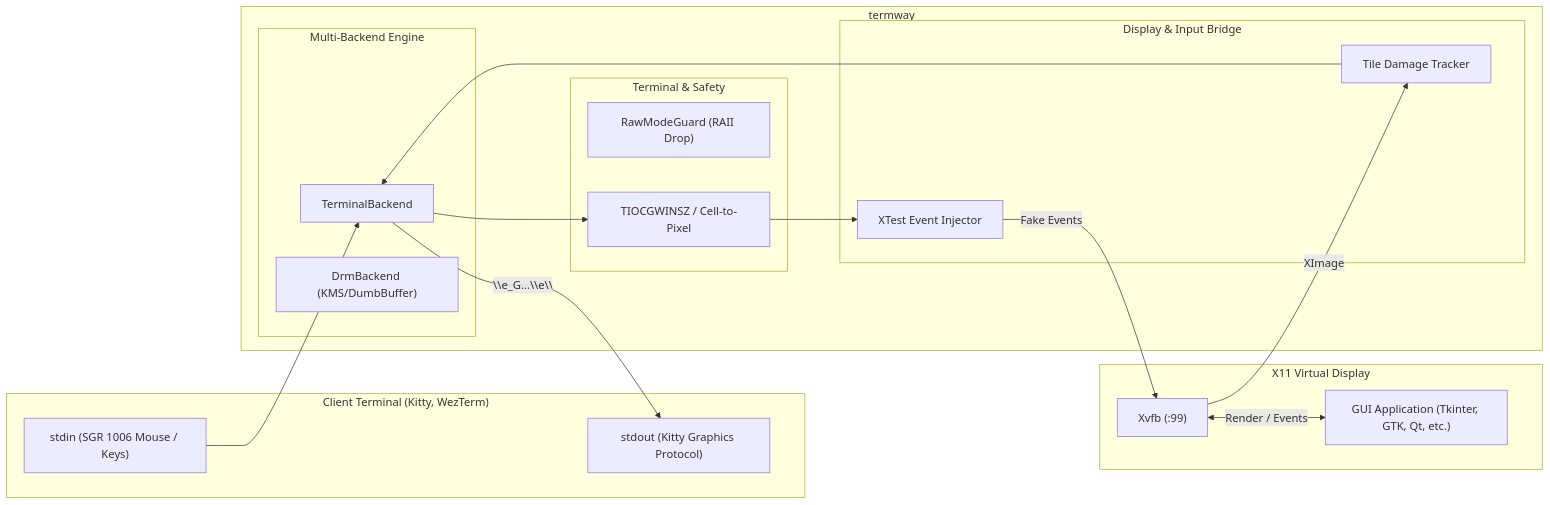
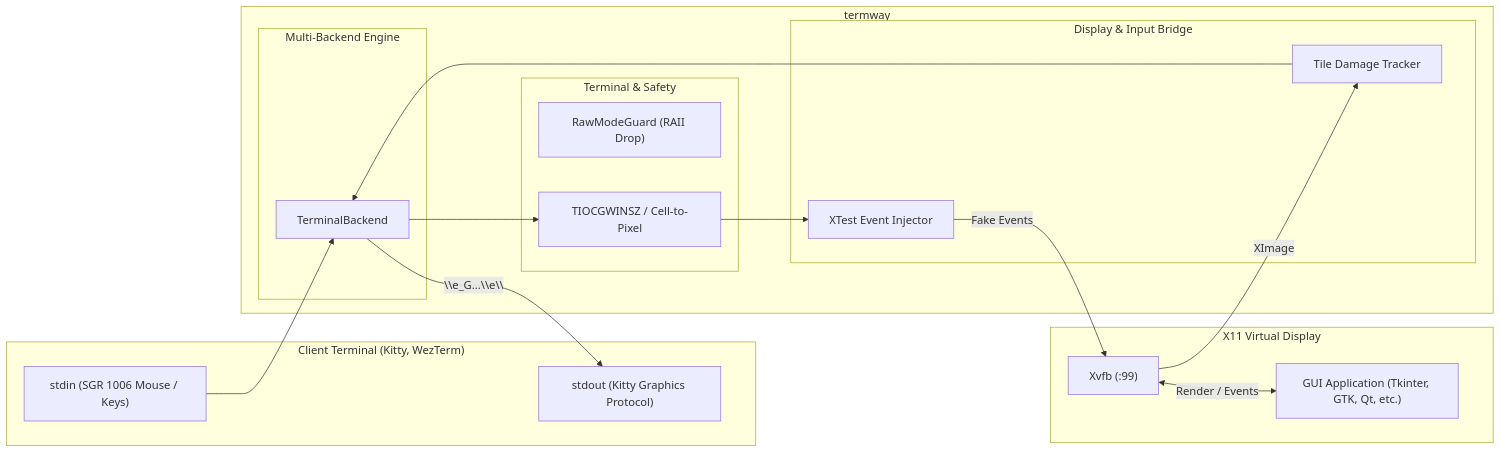
One commit to totatake/termway changed the diagram in README.md. Above: the diagram before and after it, drawn with Mermaid. The commit also changed other lines of this file and 10 other files, not shown here.

Commit message:
refactor: drop DRM/KMS backend to focus exclusively on Terminal GUI bridging

````diff
--- a/README.md
+++ b/README.md
@@ -31,38 +26,37 @@
 ```mermaid
 flowchart LR
     subgraph ClientTerminal["Client Terminal (Kitty, WezTerm)"]
         TermIn["stdin (SGR 1006 Mouse / Keys)"]
         TermOut["stdout (Kitty Graphics Protocol)"]
     end
 
     subgraph termway["termway"]
         subgraph TerminalLayer["Terminal & Safety"]
             RawGuard["RawModeGuard (RAII Drop)"]
             WinSize["TIOCGWINSZ / Cell-to-Pixel"]
         end
 
         subgraph BackendLayer["Multi-Backend Engine"]
             TermBackend["TerminalBackend"]
-            DrmBackend["DrmBackend (KMS/DumbBuffer)"]
         end
 
         subgraph DisplayInput["Display & Input Bridge"]
             Damage["Tile Damage Tracker"]
             XTest["XTest Event Injector"]
         end
     end
 
     subgraph X11["X11 Virtual Display"]
         Xvfb["Xvfb (:99)"]
         App["GUI Application (Tkinter, GTK, Qt, etc.)"]
     end
 
     TermIn --> TermBackend
     TermBackend --> WinSize
     WinSize --> XTest
     XTest -->|"Fake Events"| Xvfb
     Xvfb <-->|"Render / Events"| App
     Xvfb -->|"XImage"| Damage
     Damage --> TermBackend
     TermBackend -->|"\\e_G...\\e\\"| TermOut
 ```
````
